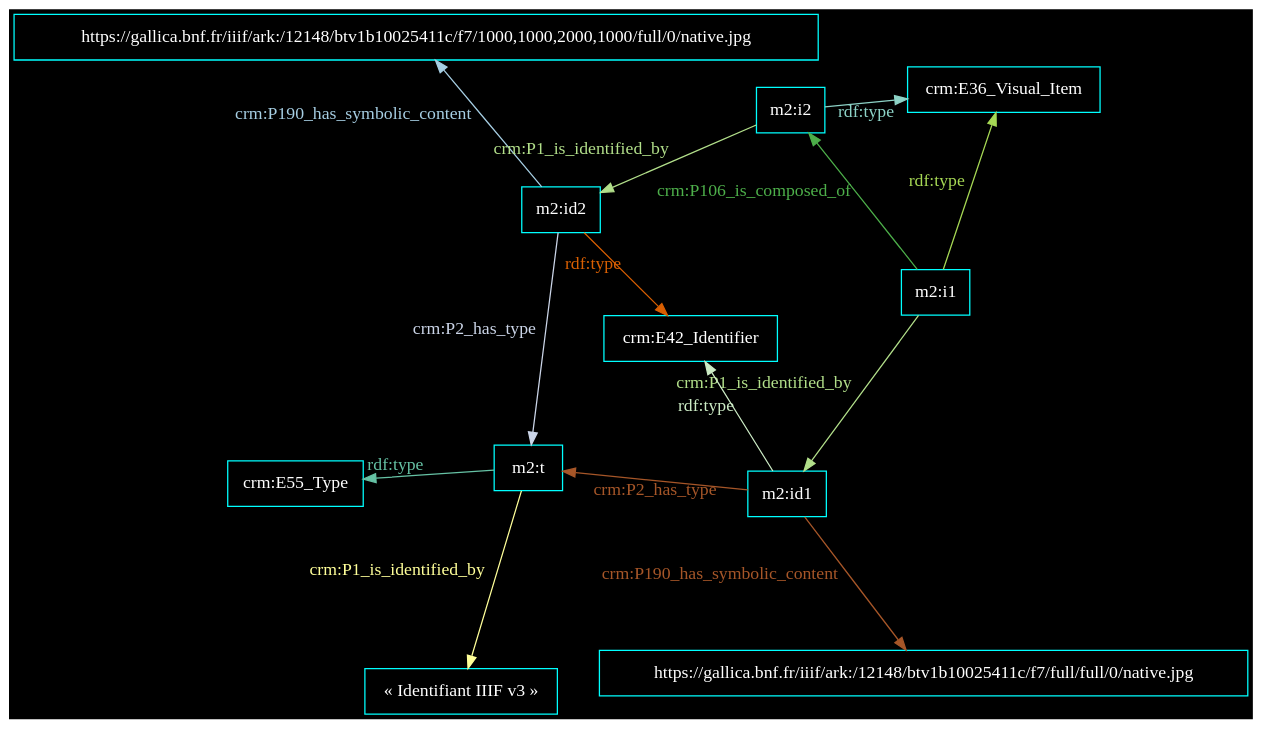
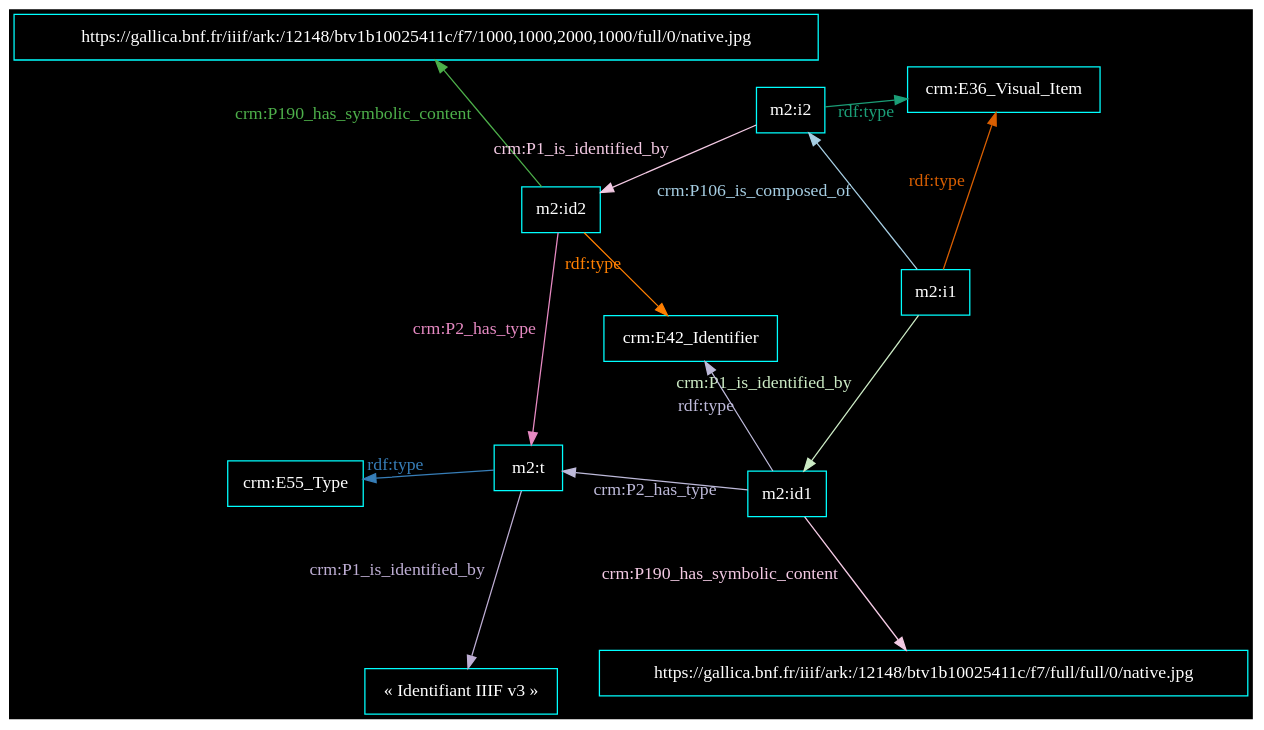
Before and after one commit to Amleth/communications: the diagram in out/2023.07.04_cm2-gt2/dotfile_c7806580-5e89-40cf-a19c-c5d231e92a5a.dot, drawn with Graphviz. The commit also changed 12 other files, not shown here.

```diff
--- a/out/2023.07.04_cm2-gt2/dotfile_c7806580-5e89-40cf-a19c-c5d231e92a5a.dot
+++ b/out/2023.07.04_cm2-gt2/dotfile_c7806580-5e89-40cf-a19c-c5d231e92a5a.dot
@@ -1,27 +1,27 @@
 digraph {
     graph [bgcolor=black]
     rankdir=LR
     node [color=white,fontcolor=white,fontname="FiraCode Nerd Font Mono Regular",shape=box]
     edge [color=white,fontcolor=white,fontname="FiraCode Nerd Font Mono Regular"]
     
 
     layout=neato
 overlap=scale
 splines=true
 sep=.1
 node [color=cyan,fontcolor=white]
 edge [color=cyan,fontcolor=white]
-"m2:i1" -> "crm:E36_Visual_Item" [label="rdf:type",color="#a6d854",fontcolor="#a6d854"]
-"m2:t" -> "crm:E55_Type" [label="rdf:type",color="#66c2a5",fontcolor="#66c2a5"]
-"m2:i1" -> "m2:id1" [label="crm:P1_is_identified_by",color="#b2df8a",fontcolor="#b2df8a"]
-"m2:id2" -> "m2:t" [label="crm:P2_has_type",color="#cbd5e8",fontcolor="#cbd5e8"]
-"m2:t" -> "« Identifiant IIIF v3 »" [label="crm:P1_is_identified_by",color="#ffff99",fontcolor="#ffff99"]
-"m2:id1" -> "https://gallica.bnf.fr/iiif/ark:/12148/btv1b10025411c/f7/full/full/0/native.jpg" [label="crm:P190_has_symbolic_content",color="#a65628",fontcolor="#a65628"]
-"m2:id2" -> "https://gallica.bnf.fr/iiif/ark:/12148/btv1b10025411c/f7/1000,1000,2000,1000/full/0/native.jpg" [label="crm:P190_has_symbolic_content",color="#a6cee3",fontcolor="#a6cee3"]
-"m2:i2" -> "crm:E36_Visual_Item" [label="rdf:type",color="#8dd3c7",fontcolor="#8dd3c7"]
-"m2:id1" -> "m2:t" [label="crm:P2_has_type",color="#a65628",fontcolor="#a65628"]
-"m2:i1" -> "m2:i2" [label="crm:P106_is_composed_of",color="#4daf4a",fontcolor="#4daf4a"]
-"m2:i2" -> "m2:id2" [label="crm:P1_is_identified_by",color="#b2df8a",fontcolor="#b2df8a"]
-"m2:id1" -> "crm:E42_Identifier" [label="rdf:type",color="#ccebc5",fontcolor="#ccebc5"]
-"m2:id2" -> "crm:E42_Identifier" [label="rdf:type",color="#d95f02",fontcolor="#d95f02"]
+"m2:i1" -> "crm:E36_Visual_Item" [label="rdf:type",color="#d95f02",fontcolor="#d95f02"]
+"m2:t" -> "crm:E55_Type" [label="rdf:type",color="#377eb8",fontcolor="#377eb8"]
+"m2:i1" -> "m2:id1" [label="crm:P1_is_identified_by",color="#ccebc5",fontcolor="#ccebc5"]
+"m2:id2" -> "m2:t" [label="crm:P2_has_type",color="#e78ac3",fontcolor="#e78ac3"]
+"m2:t" -> "« Identifiant IIIF v3 »" [label="crm:P1_is_identified_by",color="#beaed4",fontcolor="#beaed4"]
+"m2:id1" -> "https://gallica.bnf.fr/iiif/ark:/12148/btv1b10025411c/f7/full/full/0/native.jpg" [label="crm:P190_has_symbolic_content",color="#f4cae4",fontcolor="#f4cae4"]
+"m2:id2" -> "https://gallica.bnf.fr/iiif/ark:/12148/btv1b10025411c/f7/1000,1000,2000,1000/full/0/native.jpg" [label="crm:P190_has_symbolic_content",color="#4daf4a",fontcolor="#4daf4a"]
+"m2:i2" -> "crm:E36_Visual_Item" [label="rdf:type",color="#1b9e77",fontcolor="#1b9e77"]
+"m2:id1" -> "m2:t" [label="crm:P2_has_type",color="#bebada",fontcolor="#bebada"]
+"m2:i1" -> "m2:i2" [label="crm:P106_is_composed_of",color="#a6cee3",fontcolor="#a6cee3"]
+"m2:i2" -> "m2:id2" [label="crm:P1_is_identified_by",color="#f4cae4",fontcolor="#f4cae4"]
+"m2:id1" -> "crm:E42_Identifier" [label="rdf:type",color="#bebada",fontcolor="#bebada"]
+"m2:id2" -> "crm:E42_Identifier" [label="rdf:type",color="#ff7f00",fontcolor="#ff7f00"]
 }
```
